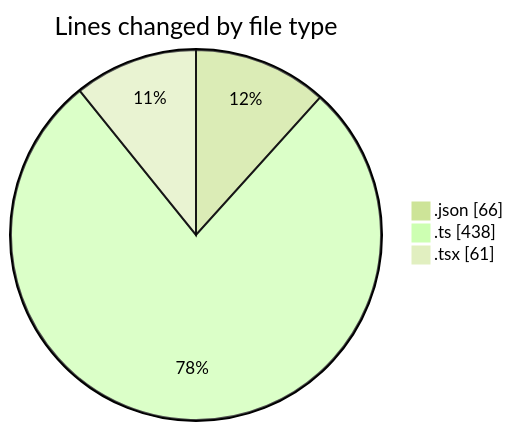
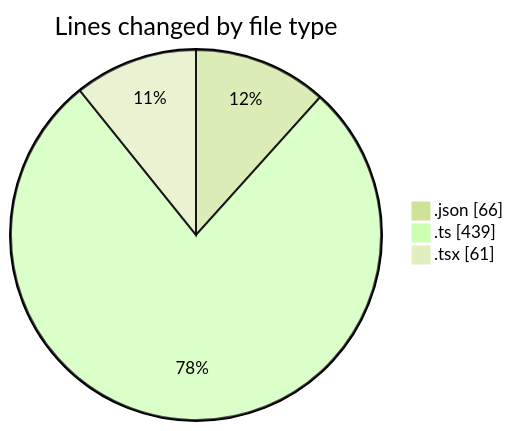
Before and after one commit to momahboobian/code-tracking: the first of 2 diagrams in 2025-05-09/cda/README.md, drawn with Mermaid (forest theme). The commit also changed other lines of this file and 1 other file, not shown here.

````diff
--- a/2025-05-09/cda/README.md
+++ b/2025-05-09/cda/README.md
@@ -23,7 +23,7 @@
 ```mermaid
 pie showData
 title Lines changed by file type
 ".json" : 66
-".ts" : 438
+".ts" : 439
 ".tsx" : 61
 ```
````
